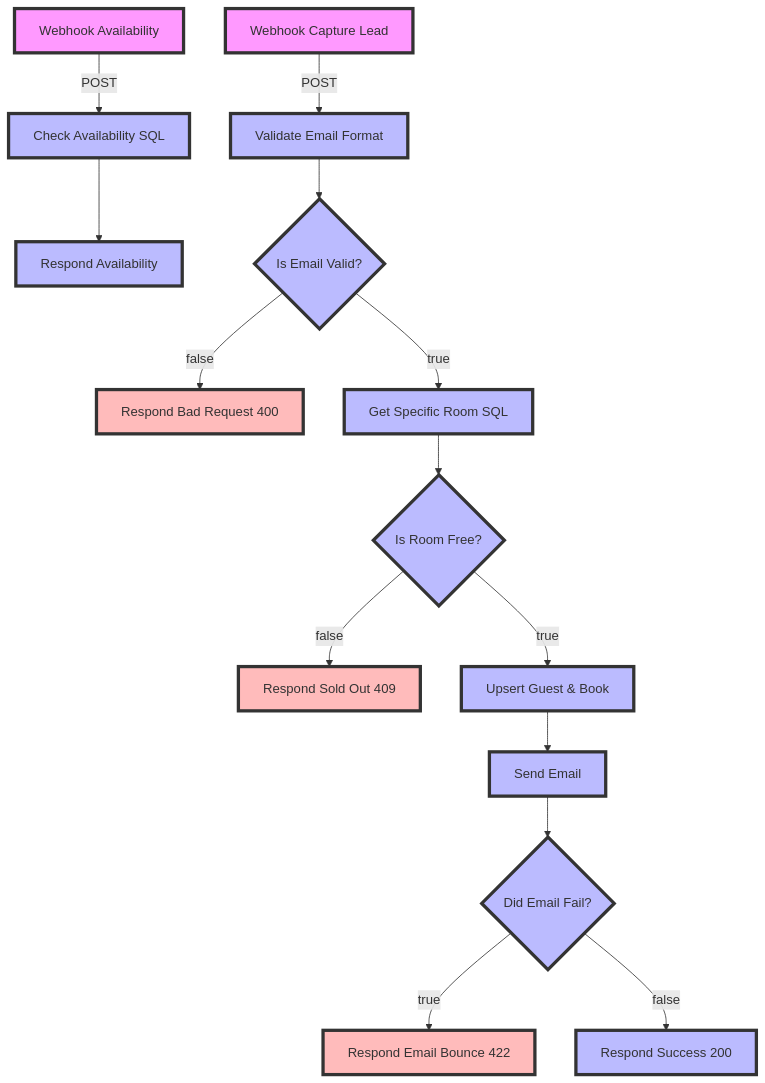
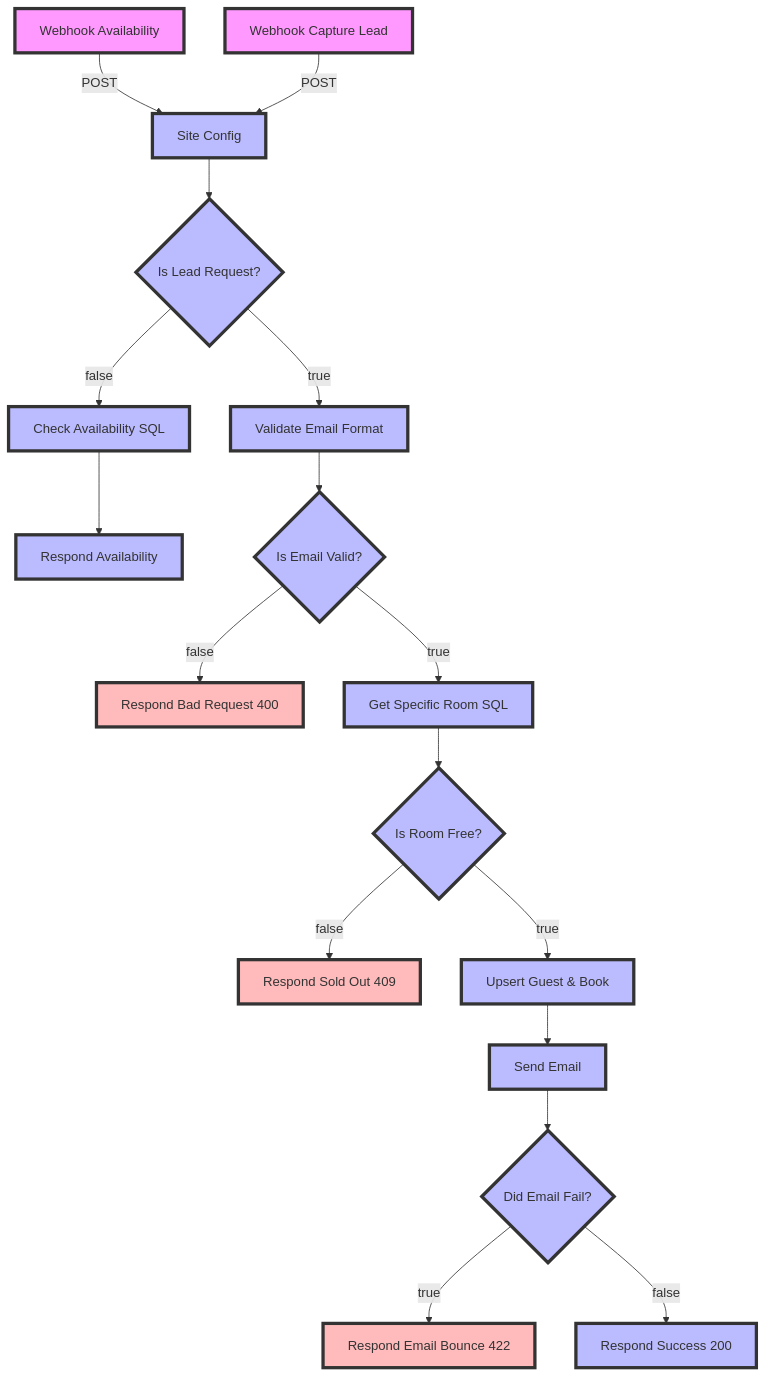
One commit to fjpimienta/n8n-enterprise-automation-suite changed the diagram in workflows/08-public-booking-engine/v4/README.md. Above: the diagram before and after it, drawn with Mermaid. The commit also changed other lines of this file and 2 other files, not shown here.

````diff
--- a/workflows/08-public-booking-engine/v4/README.md
+++ b/workflows/08-public-booking-engine/v4/README.md
@@ -8,51 +8,58 @@
 ```mermaid
 flowchart TD
+    %% Entrada única: el tenant sale de Site Config (v1.18.3)
+    WA[Webhook Availability] -->|POST| SC[Site Config]
+    WL[Webhook Capture Lead] -->|POST| SC
+    SC --> ILR{Is Lead Request?}
+
     %% Rama 1: Disponibilidad
-    WA[Webhook Availability] -->|POST| CA[Check Availability SQL]
+    ILR -->|false| CA[Check Availability SQL]
     CA --> RA[Respond Availability]
 
     %% Rama 2: Captura de Lead y Reserva
-    WL[Webhook Capture Lead] -->|POST| VE[Validate Email Format]
+    ILR -->|true| VE[Validate Email Format]
     VE --> IEV{Is Email Valid?}
     
     %% Flujo Alterno: Correo Inválido (Sintaxis)
     IEV -->|false| RBR[Respond Bad Request 400]
     
     %% Flujo Principal
     IEV -->|true| GSR[Get Specific Room SQL]
     GSR --> IRF{Is Room Free?}
     
     %% Flujo Alterno: Race Condition (Sin cuartos)
     IRF -->|false| RSO[Respond Sold Out 409]
     
     %% Inserción y Notificación
     IRF -->|true| UGB[Upsert Guest & Book]
     UGB --> SE[Send Email]
     SE --> DEF{Did Email Fail?}
     
     %% Flujo Alterno: Fallo en Servidor SMTP
     DEF -->|true| REB[Respond Email Bounce 422]
     
     %% Éxito
     DEF -->|false| RS[Respond Success 200]
     
     %% Estilos (Basados en el estándar corporativo)
     style WA fill:#f9f,stroke:#333,stroke-width:4px;
     style WL fill:#f9f,stroke:#333,stroke-width:4px;
+    style SC fill:#bbf,stroke:#333,stroke-width:4px;
+    style ILR fill:#bbf,stroke:#333,stroke-width:4px;
     style RA fill:#bbf,stroke:#333,stroke-width:4px;
     style CA fill:#bbf,stroke:#333,stroke-width:4px;
     style VE fill:#bbf,stroke:#333,stroke-width:4px;
     style IEV fill:#bbf,stroke:#333,stroke-width:4px;
     style GSR fill:#bbf,stroke:#333,stroke-width:4px;
     style IRF fill:#bbf,stroke:#333,stroke-width:4px;
     style UGB fill:#bbf,stroke:#333,stroke-width:4px;
     style SE fill:#bbf,stroke:#333,stroke-width:4px;
     style DEF fill:#bbf,stroke:#333,stroke-width:4px;
     style RS fill:#bbf,stroke:#333,stroke-width:4px;
     
     %% Estados de Error (Rojo claro)
     style RBR fill:#fbb,stroke:#333,stroke-width:4px;
     style RSO fill:#fbb,stroke:#333,stroke-width:4px;
     style REB fill:#fbb,stroke:#333,stroke-width:4px;
 
 ```
````
